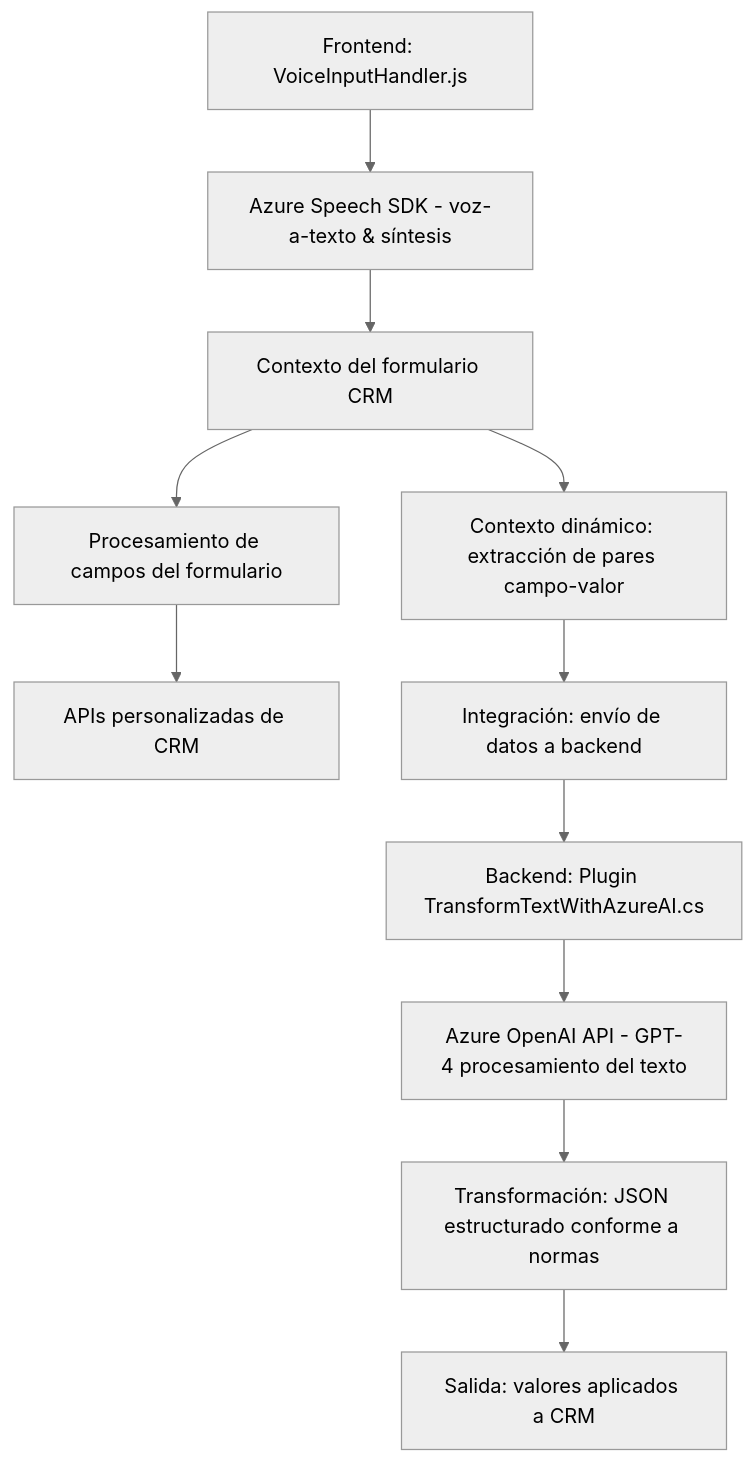
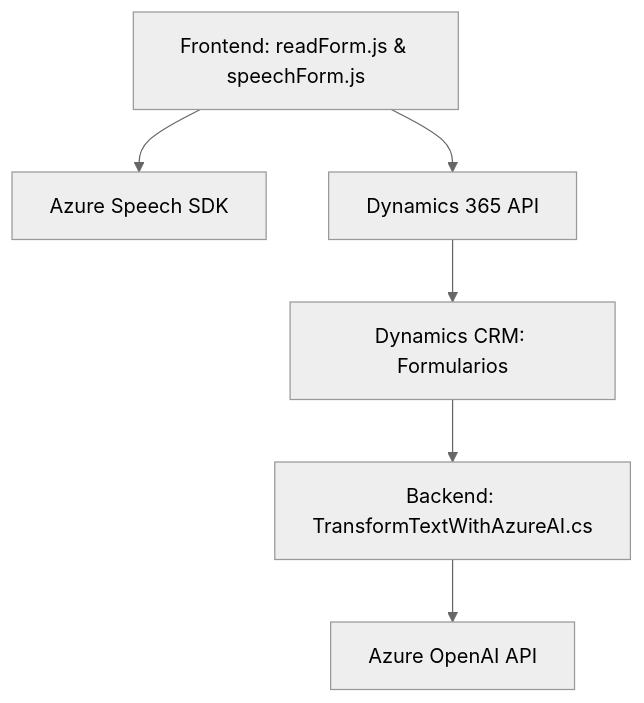
One commit to blopezdm/NETCORE_BILBAO2025 changed the diagram in README.md. Above: the diagram before and after it, drawn with Mermaid (neutral theme). The commit also changed other lines of this file, not shown here.

````diff
--- a/README.md
+++ b/README.md
@@ -44,14 +53,8 @@
 ```mermaid
 graph TD
-    A["Frontend: VoiceInputHandler.js"] --> B["Azure Speech SDK - voz-a-texto & síntesis"]
-    B --> C["Contexto del formulario CRM"]
-    C --> D["Procesamiento de campos del formulario"]
-    D --> E["APIs personalizadas de CRM"]
-    C --> F["Contexto dinámico: extracción de pares campo-valor"]
-    F --> G["Integración: envío de datos a backend"]
-
-    G --> H["Backend: Plugin TransformTextWithAzureAI.cs"]
-    H --> I["Azure OpenAI API - GPT-4 procesamiento del texto"]
-    I --> J["Transformación: JSON estructurado conforme a normas"]
-    J --> K["Salida: valores aplicados a CRM"]
+    A["Frontend: readForm.js & speechForm.js"] --> B["Azure Speech SDK"]
+    A --> C["Dynamics 365 API"]
+    C --> F["Dynamics CRM: Formularios"]
+    D["Backend: TransformTextWithAzureAI.cs"] --> E["Azure OpenAI API"]
+    F --> D
 ```
````
